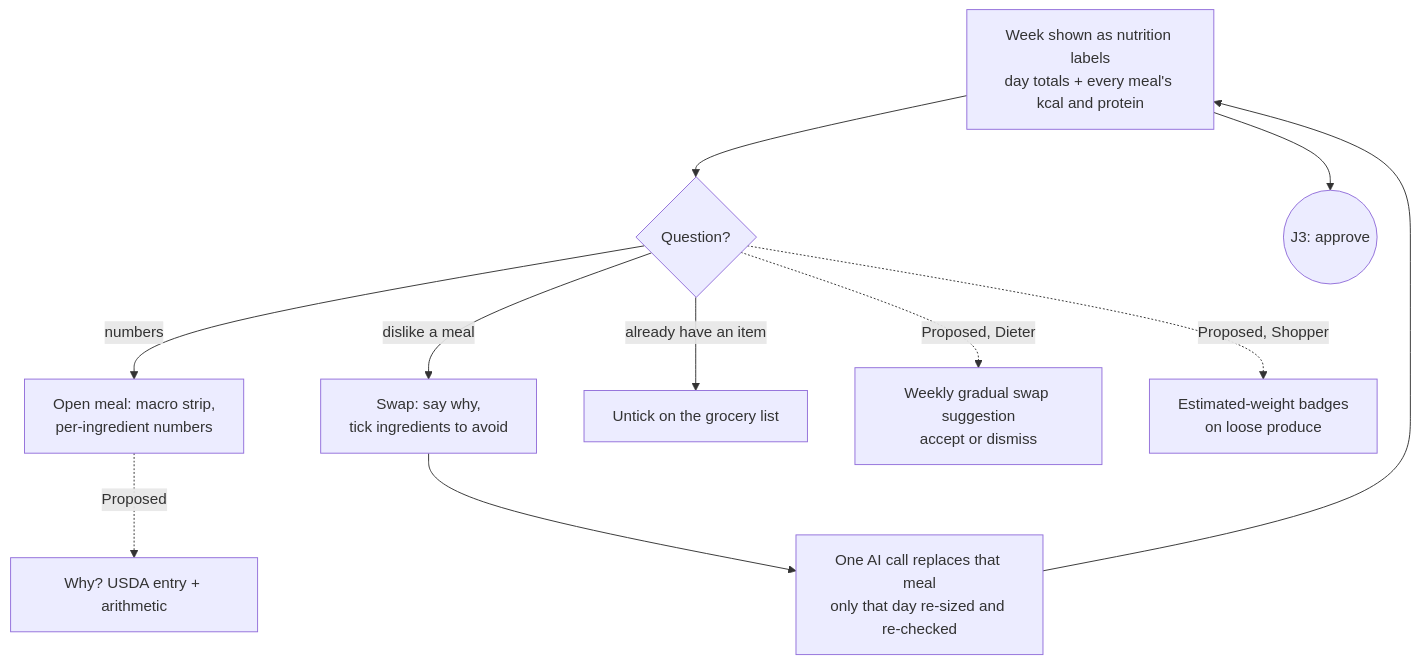
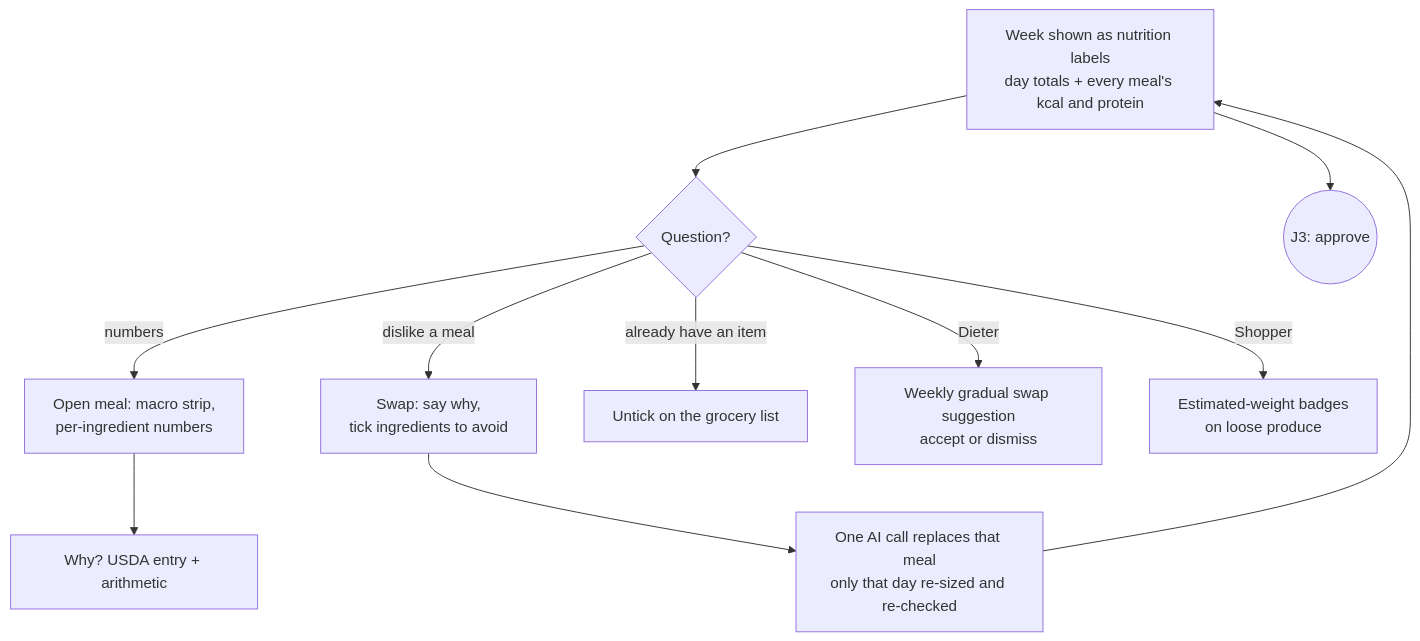
The second of 5 diagrams in DESIGN_SPEC.md (srinathvenkatesh25/mealcart-design), drawn with Mermaid before and after one commit. The commit also changed other lines of this file and 6 other files, not shown here.

````diff
--- a/DESIGN_SPEC.md
+++ b/DESIGN_SPEC.md
@@ -149,13 +138,13 @@
 ```mermaid
 flowchart TD
     A[Week shown as nutrition labels<br/>day totals + every meal's kcal and protein] --> B{Question?}
     B -->|numbers| C[Open meal: macro strip,<br/>per-ingredient numbers]
-    C -.Proposed.-> C2[Why? USDA entry + arithmetic]
+    C --> C2[Why? USDA entry + arithmetic]
     B -->|dislike a meal| D[Swap: say why,<br/>tick ingredients to avoid]
     D --> E[One AI call replaces that meal<br/>only that day re-sized and re-checked]
     E --> A
     B -->|already have an item| F[Untick on the grocery list]
-    B -.Proposed, Dieter.-> G[Weekly gradual swap suggestion<br/>accept or dismiss]
-    B -.Proposed, Shopper.-> H[Estimated-weight badges<br/>on loose produce]
+    B -->|Dieter| G[Weekly gradual swap suggestion<br/>accept or dismiss]
+    B -->|Shopper| H[Estimated-weight badges<br/>on loose produce]
     A --> I((J3: approve))
 ```
````
